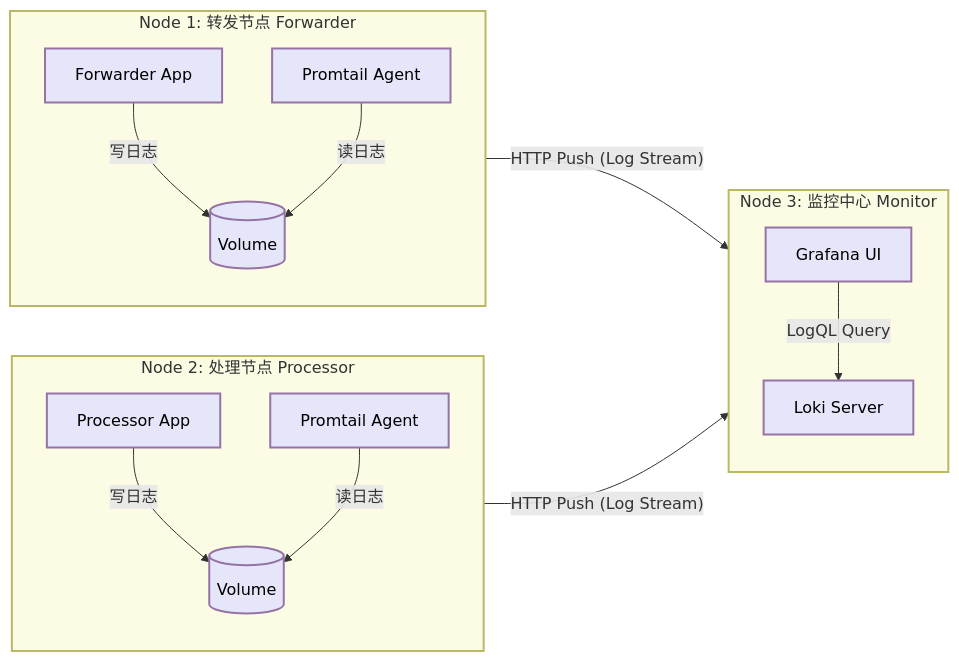
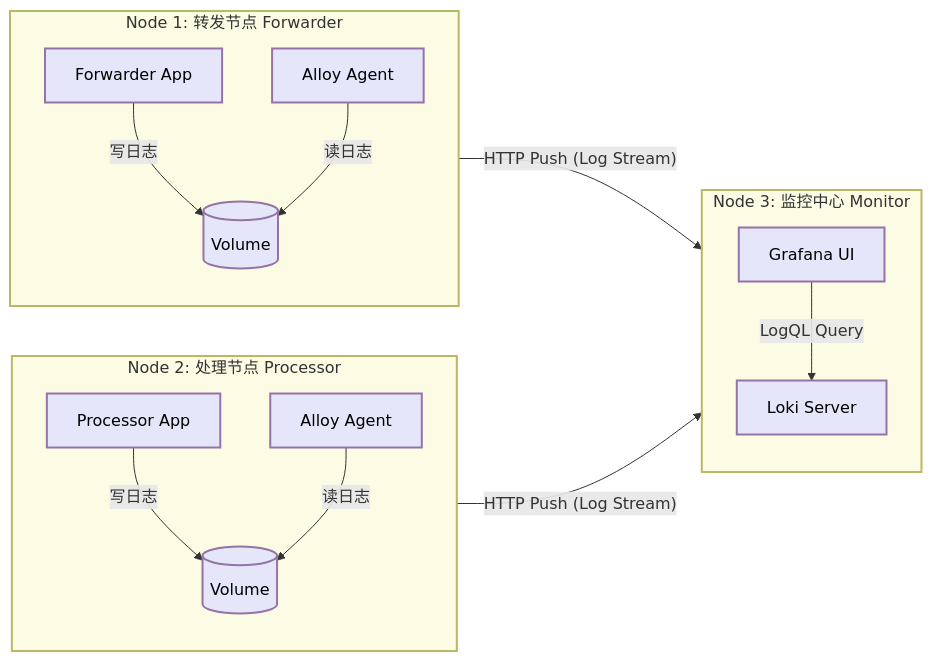
One commit to LouisLiuNova/plg-direct-demo changed the diagram in README.md. Above: the diagram before and after it, drawn with Mermaid.

````diff
--- a/README.md
+++ b/README.md
@@ -21,46 +21,46 @@
 ```mermaid
 flowchart LR
     %% 定义样式类
     classDef nodeFill fill:#e6e6fa,stroke:#9673a6,stroke-width:2px,color:#000;
     classDef clusterFill fill:#fcfce4,stroke:#b8b865,stroke-width:2px,color:#333;
     classDef storage fill:#e6e6fa,stroke:#9673a6,stroke-width:2px,shape:cylinder,color:#000;
 
     %% Node 3: 监控中心
     subgraph Node3 [Node 3: 监控中心 Monitor]
         direction TB
         Grafana[Grafana UI]:::nodeFill
         Loki[Loki Server]:::nodeFill
         
         Grafana -- "LogQL Query" --> Loki
     end
 
     %% Node 2: 处理节点
     subgraph Node2 [Node 2: 处理节点 Processor]
         direction TB
-        P_Promtail[Promtail Agent]:::nodeFill
+        P_Promtail[Alloy Agent]:::nodeFill
         P_App[Processor App]:::nodeFill
         P_Vol[(Volume)]:::storage
         
         P_App -- "写日志" --> P_Vol
         P_Promtail -- "读日志" --> P_Vol
     end
 
     %% Node 1: 转发节点
     subgraph Node1 [Node 1: 转发节点 Forwarder]
         direction TB
-        F_Promtail[Promtail Agent]:::nodeFill
+        F_Promtail[Alloy Agent]:::nodeFill
         F_App[Forwarder App]:::nodeFill
         F_Vol[(Volume)]:::storage
         
         F_App -- "写日志" --> F_Vol
         F_Promtail -- "读日志" --> F_Vol
     end
 
     %% 跨节点连接 (数据流向)
     P_Promtail -- "HTTP Push (Log Stream)" --> Loki
     F_Promtail -- "HTTP Push (Log Stream)" --> Loki
 
     %% 应用样式到子图
     class Node1,Node2,Node3 clusterFill;
 
 ```
````
